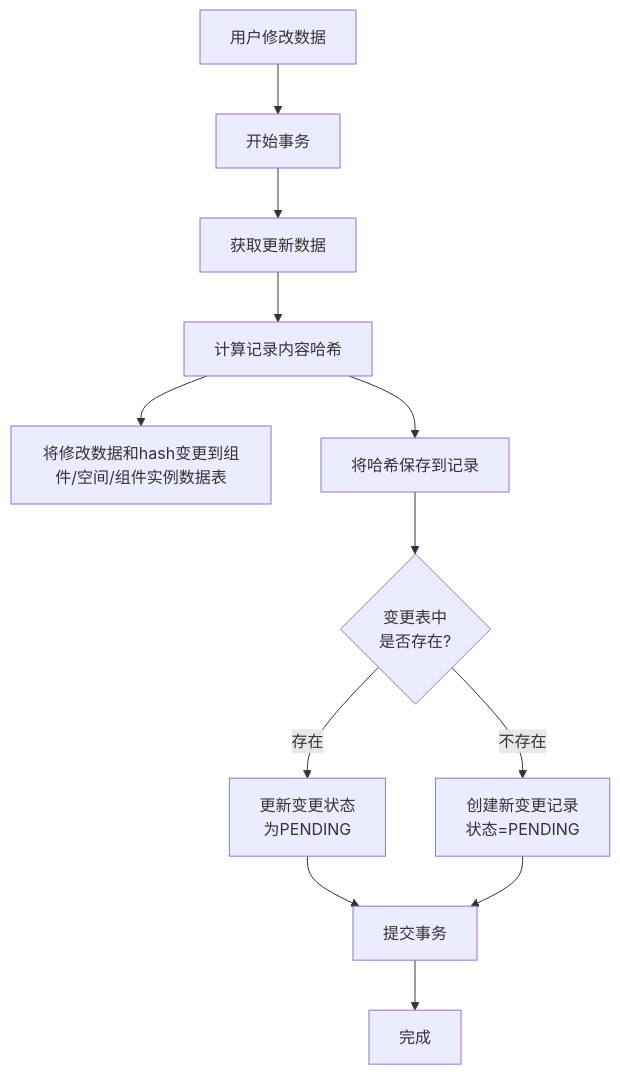
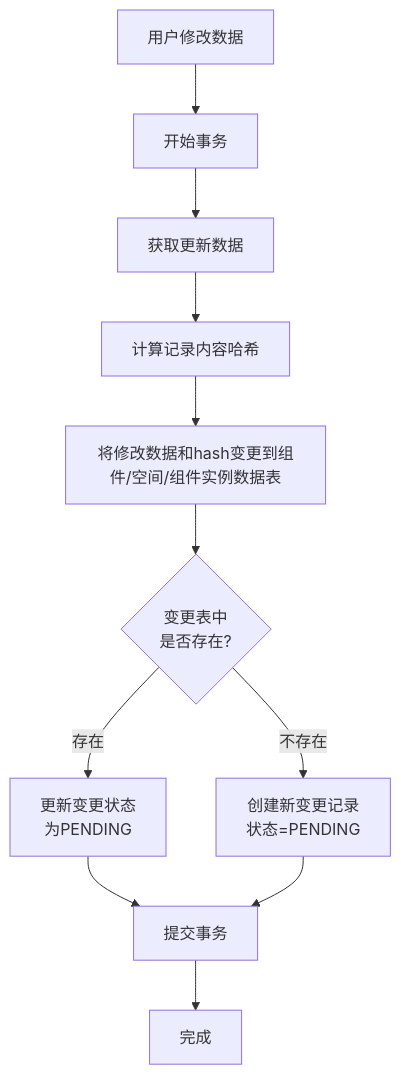
Before and after one commit to yingjianzh/iodraw-files: the diagram in all/未命名-42.md, drawn with Mermaid.

Commit message:
2025-04-24 15:28:12 update

````diff
--- a/all/未命名-42.md
+++ b/all/未命名-42.md
@@ -1,16 +1,16 @@
 ```mermaid
 flowchart TD
     Start[用户修改数据] --> StartTransaction[开始事务]
     StartTransaction --> UpdateRecord[获取更新数据]
     UpdateRecord --> ComputeHash[计算记录内容哈希]
-    ComputeHash --> C[将修改数据和hash变更到组件/空间/组件实例数据表]
-    ComputeHash --> SaveHash[将哈希保存到记录]
+    ComputeHash --> SaveHash[将修改数据和hash变更到组件/空间/组件实例数据表]
+   
     
     SaveHash --> CheckChangeExists{变更表中\n是否存在?}
     CheckChangeExists -- 存在 --> UpdateChange[更新变更状态\n为PENDING]
     CheckChangeExists -- 不存在 --> CreateChange[创建新变更记录\n状态=PENDING]
     
     UpdateChange --> CommitTransaction[提交事务]
     CreateChange --> CommitTransaction
     CommitTransaction --> End[完成]
 ```
````
